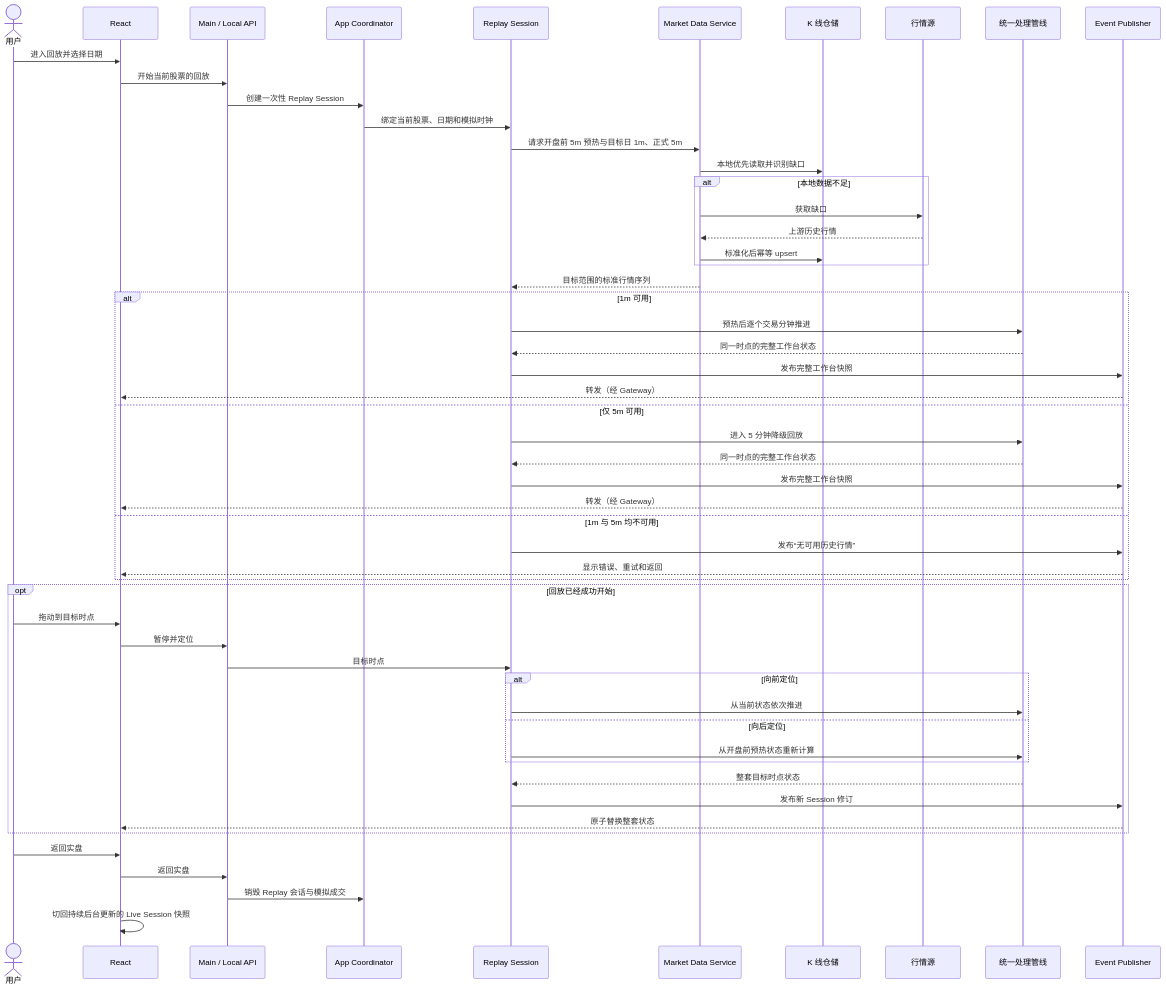
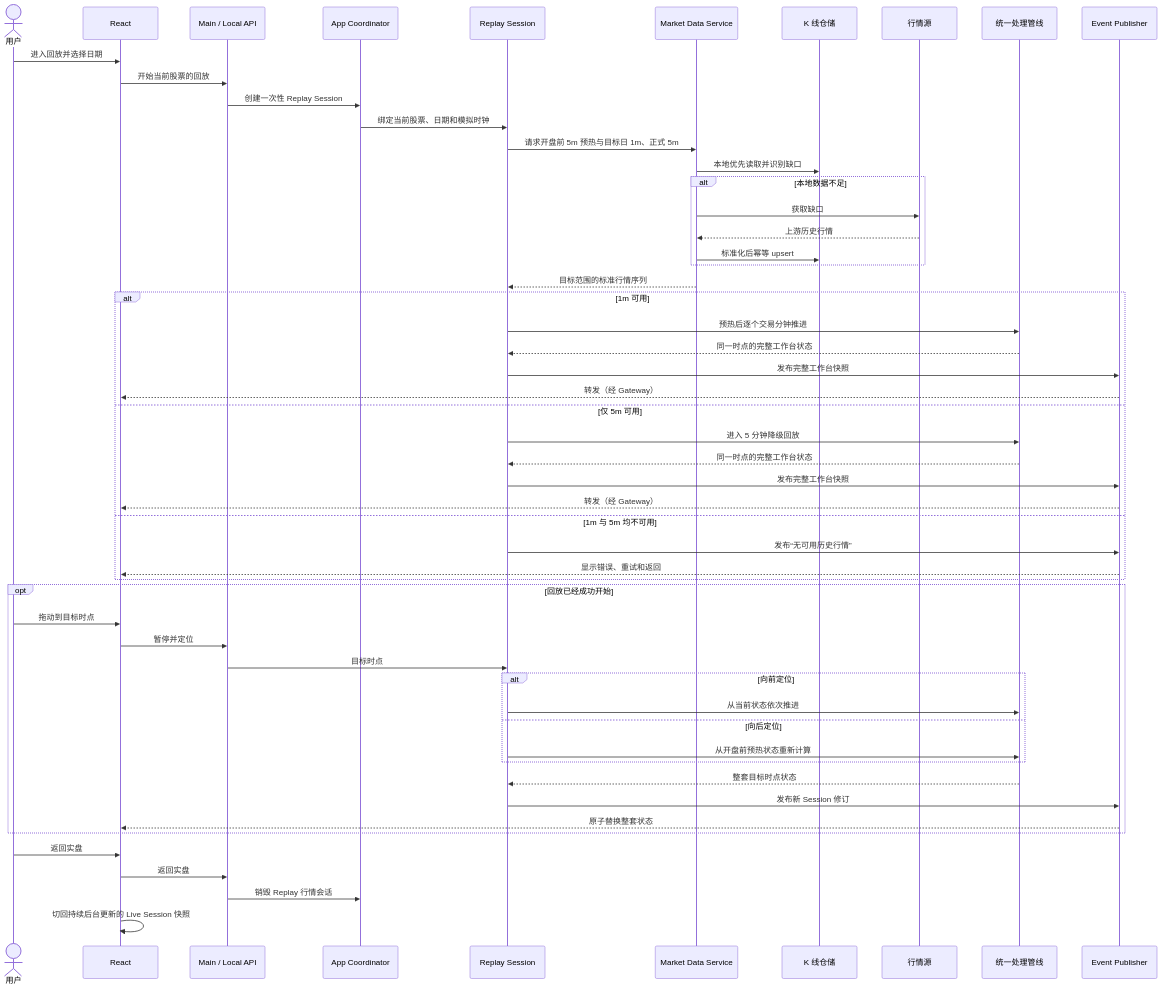
The eighth of 9 diagrams in docs/t0assistant/architecture.md (shenjee/stockpilot), drawn with Mermaid before and after one commit. The commit also changed other lines of this file and 55 other files, not shown here.

````diff
--- a/docs/t0assistant/architecture.md
+++ b/docs/t0assistant/architecture.md
@@ -441,57 +440,57 @@
 ```mermaid
 sequenceDiagram
     actor User as 用户
     participant UI as React
     participant Gateway as Main / Local API
     participant Coordinator as App Coordinator
     participant Replay as Replay Session
     participant Data as Market Data Service
     participant Store as K 线仓储
     participant Market as 行情源
     participant Pipe as 统一处理管线
     participant Events as Event Publisher
 
     User->>UI: 进入回放并选择日期
     UI->>Gateway: 开始当前股票的回放
     Gateway->>Coordinator: 创建一次性 Replay Session
     Coordinator->>Replay: 绑定当前股票、日期和模拟时钟
     Replay->>Data: 请求开盘前 5m 预热与目标日 1m、正式 5m
     Data->>Store: 本地优先读取并识别缺口
     alt 本地数据不足
         Data->>Market: 获取缺口
         Market-->>Data: 上游历史行情
         Data->>Store: 标准化后幂等 upsert
     end
     Data-->>Replay: 目标范围的标准行情序列
     alt 1m 可用
         Replay->>Pipe: 预热后逐个交易分钟推进
         Pipe-->>Replay: 同一时点的完整工作台状态
         Replay->>Events: 发布完整工作台快照
         Events-->>UI: 转发（经 Gateway）
     else 仅 5m 可用
         Replay->>Pipe: 进入 5 分钟降级回放
         Pipe-->>Replay: 同一时点的完整工作台状态
         Replay->>Events: 发布完整工作台快照
         Events-->>UI: 转发（经 Gateway）
     else 1m 与 5m 均不可用
         Replay->>Events: 发布“无可用历史行情”
         Events-->>UI: 显示错误、重试和返回
     end
     opt 回放已经成功开始
         User->>UI: 拖动到目标时点
         UI->>Gateway: 暂停并定位
         Gateway->>Replay: 目标时点
         alt 向前定位
             Replay->>Pipe: 从当前状态依次推进
         else 向后定位
             Replay->>Pipe: 从开盘前预热状态重新计算
         end
         Pipe-->>Replay: 整套目标时点状态
         Replay->>Events: 发布新 Session 修订
         Events-->>UI: 原子替换整套状态
     end
     User->>UI: 返回实盘
     UI->>Gateway: 返回实盘
-    Gateway->>Coordinator: 销毁 Replay 会话与模拟成交
+    Gateway->>Coordinator: 销毁 Replay 行情会话
     UI->>UI: 切回持续后台更新的 Live Session 快照
 ```
````
